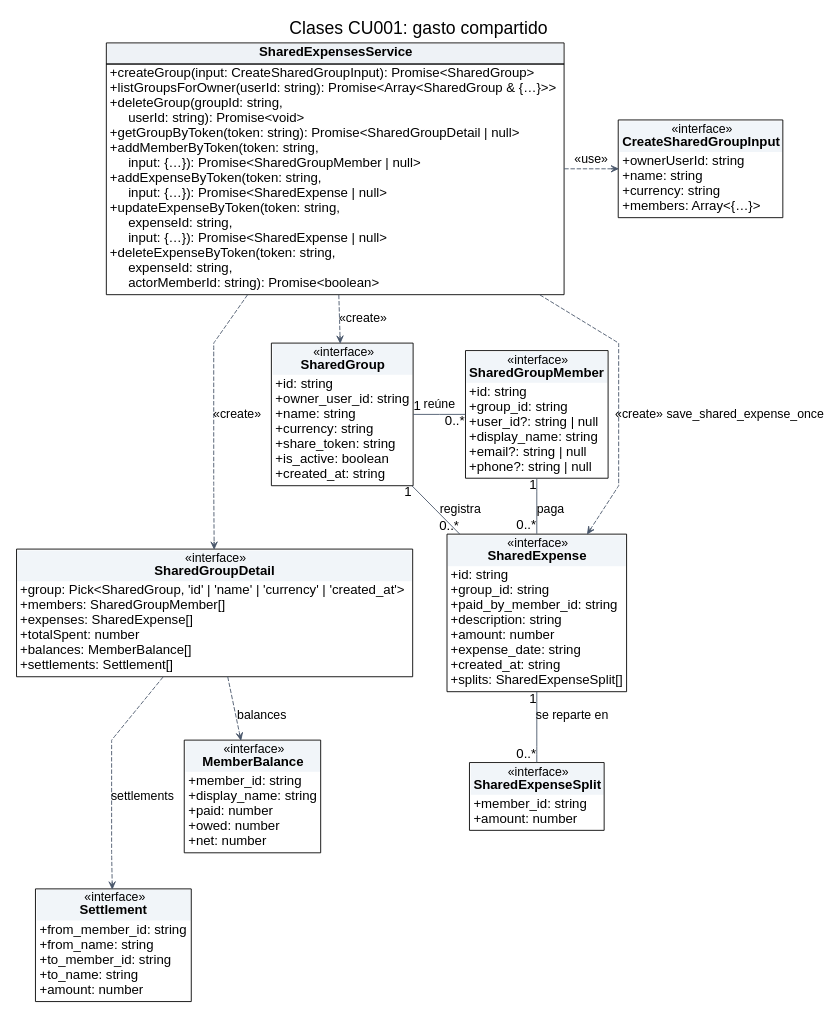
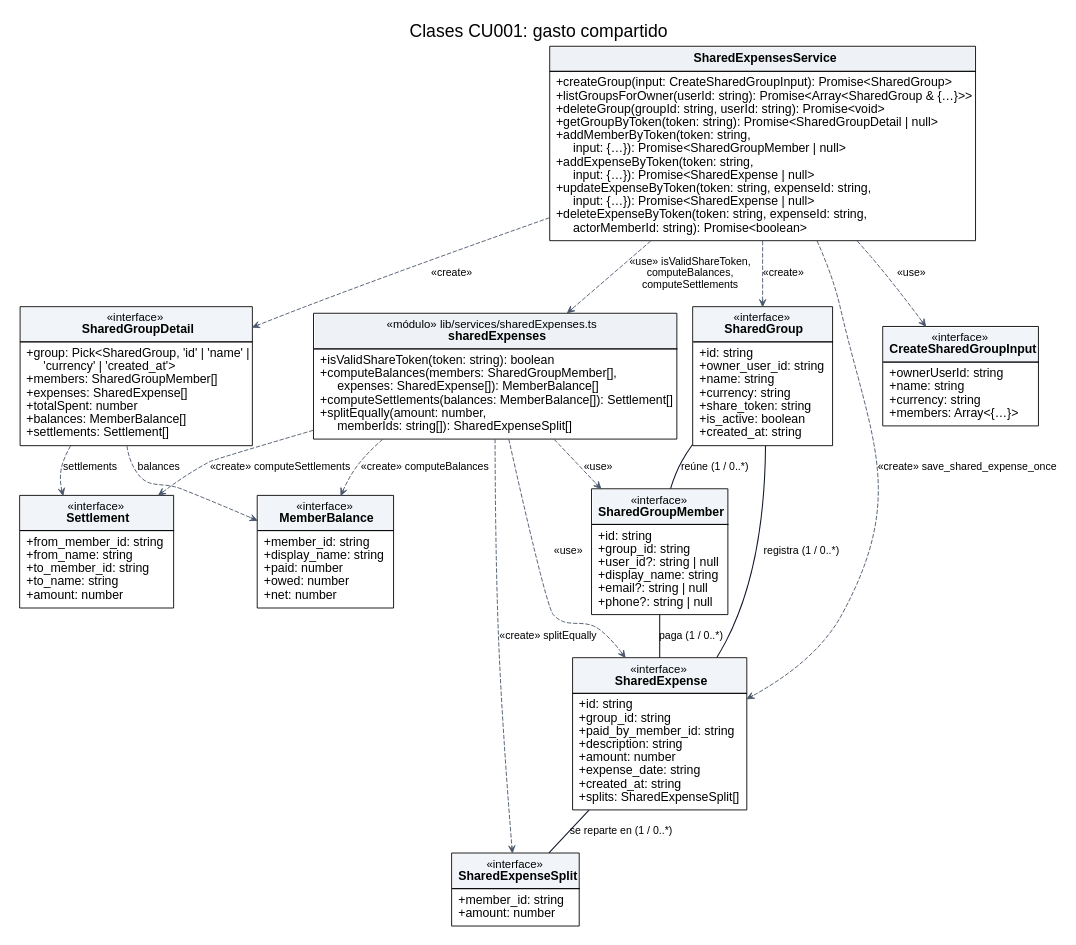
Before and after one commit to jeffreydtz/zarix: the diagram in docs/tif/v2.28/diagramas/CLASES-CU001-Compartidos.dot, drawn with Graphviz. The commit also changed 6 other files, not shown here.

First line of the commit message:
docs(tif): Fig 39 CLASES-General y Fig 42 compartidos v2.36

```diff
--- a/docs/tif/v2.28/diagramas/CLASES-CU001-Compartidos.dot
+++ b/docs/tif/v2.28/diagramas/CLASES-CU001-Compartidos.dot
@@ -1,35 +1,31 @@
 digraph G {
-graph [rankdir=TB,bgcolor="white",fontname="Arial",pad="0.15",nodesep="0.35",ranksep="0.55",splines=polyline];
-node [fontname="Arial",fontsize=15,shape=plain];
-edge [fontname="Arial",fontsize=14,color="#475569",arrowsize=0.8];
-label="Clases CU001: gasto compartido"; labelloc=t; fontsize=20;
-ss [label=<<TABLE BORDER="1" CELLBORDER="0" CELLSPACING="0" CELLPADDING="3"><TR><TD BGCOLOR="#eef2f6"><B>SharedExpensesService</B></TD></TR><HR/><TR><TD ALIGN="LEFT" BALIGN="LEFT">+createGroup(input: CreateSharedGroupInput): Promise&lt;SharedGroup&gt;<BR/>+listGroupsForOwner(userId: string): Promise&lt;Array&lt;SharedGroup &amp; {…}&gt;&gt;<BR/>+deleteGroup(groupId: string,<BR/>      userId: string): Promise&lt;void&gt;<BR/>+getGroupByToken(token: string): Promise&lt;SharedGroupDetail | null&gt;<BR/>+addMemberByToken(token: string,<BR/>      input: {…}): Promise&lt;SharedGroupMember | null&gt;<BR/>+addExpenseByToken(token: string,<BR/>      input: {…}): Promise&lt;SharedExpense | null&gt;<BR/>+updateExpenseByToken(token: string,<BR/>      expenseId: string,<BR/>      input: {…}): Promise&lt;SharedExpense | null&gt;<BR/>+deleteExpenseByToken(token: string,<BR/>      expenseId: string,<BR/>      actorMemberId: string): Promise&lt;boolean&gt;</TD></TR></TABLE>>];
-cgi [label=<<TABLE BORDER="1" CELLBORDER="0" CELLSPACING="0" CELLPADDING="3"><TR><TD BGCOLOR="#f1f5f9"><FONT POINT-SIZE="14">«interface»</FONT><BR/><B>CreateSharedGroupInput</B></TD></TR><TR><TD ALIGN="LEFT" BALIGN="LEFT">+ownerUserId: string<BR/>+name: string<BR/>+currency: string<BR/>+members: Array&lt;{…}&gt;</TD></TR></TABLE>>];
-sg [label=<<TABLE BORDER="1" CELLBORDER="0" CELLSPACING="0" CELLPADDING="3"><TR><TD BGCOLOR="#f1f5f9"><FONT POINT-SIZE="14">«interface»</FONT><BR/><B>SharedGroup</B></TD></TR><TR><TD ALIGN="LEFT" BALIGN="LEFT">+id: string<BR/>+owner_user_id: string<BR/>+name: string<BR/>+currency: string<BR/>+share_token: string<BR/>+is_active: boolean<BR/>+created_at: string</TD></TR></TABLE>>];
-sm [label=<<TABLE BORDER="1" CELLBORDER="0" CELLSPACING="0" CELLPADDING="3"><TR><TD BGCOLOR="#f1f5f9"><FONT POINT-SIZE="14">«interface»</FONT><BR/><B>SharedGroupMember</B></TD></TR><TR><TD ALIGN="LEFT" BALIGN="LEFT">+id: string<BR/>+group_id: string<BR/>+user_id?: string | null<BR/>+display_name: string<BR/>+email?: string | null<BR/>+phone?: string | null</TD></TR></TABLE>>];
-se [label=<<TABLE BORDER="1" CELLBORDER="0" CELLSPACING="0" CELLPADDING="3"><TR><TD BGCOLOR="#f1f5f9"><FONT POINT-SIZE="14">«interface»</FONT><BR/><B>SharedExpense</B></TD></TR><TR><TD ALIGN="LEFT" BALIGN="LEFT">+id: string<BR/>+group_id: string<BR/>+paid_by_member_id: string<BR/>+description: string<BR/>+amount: number<BR/>+expense_date: string<BR/>+created_at: string<BR/>+splits: SharedExpenseSplit[]</TD></TR></TABLE>>];
-ses [label=<<TABLE BORDER="1" CELLBORDER="0" CELLSPACING="0" CELLPADDING="3"><TR><TD BGCOLOR="#f1f5f9"><FONT POINT-SIZE="14">«interface»</FONT><BR/><B>SharedExpenseSplit</B></TD></TR><TR><TD ALIGN="LEFT" BALIGN="LEFT">+member_id: string<BR/>+amount: number</TD></TR></TABLE>>];
-sd [label=<<TABLE BORDER="1" CELLBORDER="0" CELLSPACING="0" CELLPADDING="3"><TR><TD BGCOLOR="#f1f5f9"><FONT POINT-SIZE="14">«interface»</FONT><BR/><B>SharedGroupDetail</B></TD></TR><TR><TD ALIGN="LEFT" BALIGN="LEFT">+group: Pick&lt;SharedGroup, 'id' | 'name' | 'currency' | 'created_at'&gt;<BR/>+members: SharedGroupMember[]<BR/>+expenses: SharedExpense[]<BR/>+totalSpent: number<BR/>+balances: MemberBalance[]<BR/>+settlements: Settlement[]</TD></TR></TABLE>>];
-mb [label=<<TABLE BORDER="1" CELLBORDER="0" CELLSPACING="0" CELLPADDING="3"><TR><TD BGCOLOR="#f1f5f9"><FONT POINT-SIZE="14">«interface»</FONT><BR/><B>MemberBalance</B></TD></TR><TR><TD ALIGN="LEFT" BALIGN="LEFT">+member_id: string<BR/>+display_name: string<BR/>+paid: number<BR/>+owed: number<BR/>+net: number</TD></TR></TABLE>>];
-st [label=<<TABLE BORDER="1" CELLBORDER="0" CELLSPACING="0" CELLPADDING="3"><TR><TD BGCOLOR="#f1f5f9"><FONT POINT-SIZE="14">«interface»</FONT><BR/><B>Settlement</B></TD></TR><TR><TD ALIGN="LEFT" BALIGN="LEFT">+from_member_id: string<BR/>+from_name: string<BR/>+to_member_id: string<BR/>+to_name: string<BR/>+amount: number</TD></TR></TABLE>>];
-ss -> cgi [style=dashed,arrowhead=vee,label="«use»"];
-ss -> sg [style=dashed,arrowhead=vee,label="«create»"];
-ss -> sd [style=dashed,arrowhead=vee,label="«create»"];
-ss -> se [style=dashed,arrowhead=vee,label="«create» save_shared_expense_once"];
-sg -> sm [dir=none,label="reúne",taillabel="1",headlabel="0..*",labelfontsize=15];
-sg -> se [dir=none,label="registra",taillabel="1",headlabel="0..*",labelfontsize=15];
-sm -> se [dir=none,label="paga",taillabel="1",headlabel="0..*",labelfontsize=15];
-se -> ses [dir=none,label="se reparte en",taillabel="1",headlabel="0..*",labelfontsize=15];
-sd -> mb [style=dashed,arrowhead=vee,label="balances"];
-sd -> st [style=dashed,arrowhead=vee,label="settlements"];
-{rank=same; ss; cgi;}
-{rank=same; sg; sm;}
-{rank=same; sd; se;}
-{rank=same; mb; ses;}
-{rank=same; st;}
-ss -> cgi [style=invis];
-cgi -> sg [style=invis];
-sg -> sd [style=invis];
-sd -> mb [style=invis];
-mb -> st [style=invis];
+graph [bgcolor="white", fontname="Arial", pad="0.20", splines=true, label="Clases CU001: gasto compartido", labelloc=t, fontsize=20];
+node [fontname="Arial", fontsize=14, shape=plain];
+edge [fontname="Arial", fontsize=12, color="#475569", arrowsize=0.8];
+  ss [pos="310.0,825.0!", label=<<TABLE BORDER="1" CELLBORDER="0" CELLSPACING="0" CELLPADDING="6"><TR><TD BGCOLOR="#eef2f6"><B>SharedExpensesService</B></TD></TR><HR/><TR><TD ALIGN="LEFT" BALIGN="LEFT">+createGroup(input: CreateSharedGroupInput): Promise&lt;SharedGroup&gt;  <BR/>+listGroupsForOwner(userId: string): Promise&lt;Array&lt;SharedGroup &amp; {…}&gt;&gt;  <BR/>+deleteGroup(groupId: string, userId: string): Promise&lt;void&gt;  <BR/>+getGroupByToken(token: string): Promise&lt;SharedGroupDetail | null&gt;  <BR/>+addMemberByToken(token: string,<BR/>      input: {…}): Promise&lt;SharedGroupMember | null&gt;  <BR/>+addExpenseByToken(token: string,<BR/>      input: {…}): Promise&lt;SharedExpense | null&gt;  <BR/>+updateExpenseByToken(token: string, expenseId: string,<BR/>      input: {…}): Promise&lt;SharedExpense | null&gt;  <BR/>+deleteExpenseByToken(token: string, expenseId: string,<BR/>      actorMemberId: string): Promise&lt;boolean&gt;  </TD></TR></TABLE>>];
+  se_mod [pos="1060.0,865.0!", label=<<TABLE BORDER="1" CELLBORDER="0" CELLSPACING="0" CELLPADDING="6"><TR><TD BGCOLOR="#eef2f6"><FONT POINT-SIZE="13">«módulo» lib/services/sharedExpenses.ts</FONT><BR/><B>sharedExpenses</B></TD></TR><HR/><TR><TD ALIGN="LEFT" BALIGN="LEFT">+isValidShareToken(token: string): boolean  <BR/>+computeBalances(members: SharedGroupMember[],<BR/>      expenses: SharedExpense[]): MemberBalance[]  <BR/>+computeSettlements(balances: MemberBalance[]): Settlement[]  <BR/>+splitEqually(amount: number,<BR/>      memberIds: string[]): SharedExpenseSplit[]  </TD></TR></TABLE>>];
+  cgi [pos="195.0,540.0!", label=<<TABLE BORDER="1" CELLBORDER="0" CELLSPACING="0" CELLPADDING="6"><TR><TD BGCOLOR="#f1f5f9"><FONT POINT-SIZE="13">«interface»</FONT><BR/><B>CreateSharedGroupInput</B></TD></TR><HR/><TR><TD ALIGN="LEFT" BALIGN="LEFT">+ownerUserId: string  <BR/>+name: string  <BR/>+currency: string  <BR/>+members: Array&lt;{…}&gt;  </TD></TR></TABLE>>];
+  sd [pos="295.0,325.0!", label=<<TABLE BORDER="1" CELLBORDER="0" CELLSPACING="0" CELLPADDING="6"><TR><TD BGCOLOR="#f1f5f9"><FONT POINT-SIZE="13">«interface»</FONT><BR/><B>SharedGroupDetail</B></TD></TR><HR/><TR><TD ALIGN="LEFT" BALIGN="LEFT">+group: Pick&lt;SharedGroup, 'id' | 'name' |<BR/>      'currency' | 'created_at'&gt;  <BR/>+members: SharedGroupMember[]  <BR/>+expenses: SharedExpense[]  <BR/>+totalSpent: number  <BR/>+balances: MemberBalance[]  <BR/>+settlements: Settlement[]  </TD></TR></TABLE>>];
+  mb [pos="180.0,100.0!", label=<<TABLE BORDER="1" CELLBORDER="0" CELLSPACING="0" CELLPADDING="6"><TR><TD BGCOLOR="#f1f5f9"><FONT POINT-SIZE="13">«interface»</FONT><BR/><B>MemberBalance</B></TD></TR><HR/><TR><TD ALIGN="LEFT" BALIGN="LEFT">+member_id: string  <BR/>+display_name: string  <BR/>+paid: number  <BR/>+owed: number  <BR/>+net: number  </TD></TR></TABLE>>];
+  st [pos="410.0,100.0!", label=<<TABLE BORDER="1" CELLBORDER="0" CELLSPACING="0" CELLPADDING="6"><TR><TD BGCOLOR="#f1f5f9"><FONT POINT-SIZE="13">«interface»</FONT><BR/><B>Settlement</B></TD></TR><HR/><TR><TD ALIGN="LEFT" BALIGN="LEFT">+from_member_id: string  <BR/>+from_name: string  <BR/>+to_member_id: string  <BR/>+to_name: string  <BR/>+amount: number  </TD></TR></TABLE>>];
+  sg [pos="805.0,540.0!", label=<<TABLE BORDER="1" CELLBORDER="0" CELLSPACING="0" CELLPADDING="6"><TR><TD BGCOLOR="#f1f5f9"><FONT POINT-SIZE="13">«interface»</FONT><BR/><B>SharedGroup</B></TD></TR><HR/><TR><TD ALIGN="LEFT" BALIGN="LEFT">+id: string  <BR/>+owner_user_id: string  <BR/>+name: string  <BR/>+currency: string  <BR/>+share_token: string  <BR/>+is_active: boolean  <BR/>+created_at: string  </TD></TR></TABLE>>];
+  sm [pos="1120.0,540.0!", label=<<TABLE BORDER="1" CELLBORDER="0" CELLSPACING="0" CELLPADDING="6"><TR><TD BGCOLOR="#f1f5f9"><FONT POINT-SIZE="13">«interface»</FONT><BR/><B>SharedGroupMember</B></TD></TR><HR/><TR><TD ALIGN="LEFT" BALIGN="LEFT">+id: string  <BR/>+group_id: string  <BR/>+user_id?: string | null  <BR/>+display_name: string  <BR/>+email?: string | null  <BR/>+phone?: string | null  </TD></TR></TABLE>>];
+  se [pos="1120.0,305.0!", label=<<TABLE BORDER="1" CELLBORDER="0" CELLSPACING="0" CELLPADDING="6"><TR><TD BGCOLOR="#f1f5f9"><FONT POINT-SIZE="13">«interface»</FONT><BR/><B>SharedExpense</B></TD></TR><HR/><TR><TD ALIGN="LEFT" BALIGN="LEFT">+id: string  <BR/>+group_id: string  <BR/>+paid_by_member_id: string  <BR/>+description: string  <BR/>+amount: number  <BR/>+expense_date: string  <BR/>+created_at: string  <BR/>+splits: SharedExpenseSplit[]  </TD></TR></TABLE>>];
+  ses [pos="1120.0,90.0!", label=<<TABLE BORDER="1" CELLBORDER="0" CELLSPACING="0" CELLPADDING="6"><TR><TD BGCOLOR="#f1f5f9"><FONT POINT-SIZE="13">«interface»</FONT><BR/><B>SharedExpenseSplit</B></TD></TR><HR/><TR><TD ALIGN="LEFT" BALIGN="LEFT">+member_id: string  <BR/>+amount: number  </TD></TR></TABLE>>];
+  ss -> se_mod [style="dashed", arrowhead="vee", pos="e,853.5,865.0 552.0,865.0 552.0,865.0 853.5,865.0 853.5,865.0", label="«use» isValidShareToken,\ncomputeBalances,\ncomputeSettlements", lp="702.7,898.0"];
+  ss -> cgi [style="dashed", arrowhead="vee", pos="e,195.0,596.5 195.0,714.5 195.0,714.5 195.0,596.5 195.0,596.5", label="«use»", lp="222.0,655.5"];
+  ss -> sd [style="dashed", arrowhead="vee", pos="e,163.0,325.0 85.0,714.5 85.0,714.5 85.0,675.0 85.0,675.0 85.0,675.0 48.0,675.0 48.0,675.0 48.0,675.0 48.0,325.0 48.0,325.0 48.0,325.0 163.0,325.0 163.0,325.0", label="«create»", lp="76.0,485.0"];
+  ss -> sg [style="dashed", arrowhead="vee", pos="e,805.0,619.0 525.0,714.5 525.0,714.5 525.0,680.0 525.0,680.0 525.0,680.0 805.0,680.0 805.0,680.0 805.0,680.0 805.0,619.0 805.0,619.0", label="«create»", lp="665.0,692.0"];
+  ss -> se [style="dashed", arrowhead="vee", pos="e,1021.0,325.0 495.0,714.5 495.0,714.5 495.0,655.0 495.0,655.0 495.0,655.0 635.0,655.0 635.0,655.0 635.0,655.0 635.0,325.0 635.0,325.0 635.0,325.0 1021.0,325.0 1021.0,325.0", label="«create» save_shared_expense_once", lp="785.0,338.0"];
+  sd -> mb [style="dashed", arrowhead="vee", pos="e,180.0,164.0 180.0,246.0 180.0,246.0 180.0,164.0 180.0,164.0", label="balances", lp="212.0,205.0"];
+  sd -> st [style="dashed", arrowhead="vee", pos="e,410.0,164.0 410.0,246.0 410.0,246.0 410.0,164.0 410.0,164.0", label="settlements", lp="452.0,205.0"];
+  se_mod -> mb [style="dashed", arrowhead="vee", pos="e,235.0,164.0 865.0,793.5 865.0,793.5 865.0,745.0 865.0,745.0 865.0,745.0 575.0,745.0 575.0,745.0 575.0,745.0 575.0,200.0 575.0,200.0 575.0,200.0 235.0,200.0 235.0,200.0 235.0,200.0 235.0,164.0 235.0,164.0", label="«create» computeBalances", lp="485.0,485.0"];
+  se_mod -> st [style="dashed", arrowhead="vee", pos="e,497.5,110.0 890.0,793.5 890.0,793.5 890.0,725.0 890.0,725.0 890.0,725.0 595.0,725.0 595.0,725.0 595.0,725.0 595.0,110.0 595.0,110.0 595.0,110.0 497.5,110.0 497.5,110.0", label="«create» computeSettlements", lp="695.0,125.0"];
+  se_mod -> sm [style="dashed", arrowhead="vee", pos="e,1120.0,611.5 1120.0,793.5 1120.0,793.5 1120.0,611.5 1120.0,611.5", label="«use»", lp="1148.0,702.5"];
+  se_mod -> se [style="dashed", arrowhead="vee", pos="e,1219.0,305.0 1230.0,793.5 1230.0,793.5 1230.0,725.0 1230.0,725.0 1230.0,725.0 1270.0,725.0 1270.0,725.0 1270.0,725.0 1270.0,305.0 1270.0,305.0 1270.0,305.0 1219.0,305.0 1219.0,305.0", label="«use»", lp="1295.0,485.0"];
+  se_mod -> ses [style="dashed", arrowhead="vee", pos="e,1192.5,90.0 1255.0,793.5 1255.0,793.5 1255.0,745.0 1255.0,745.0 1255.0,745.0 1315.0,745.0 1315.0,745.0 1315.0,745.0 1315.0,90.0 1315.0,90.0 1315.0,90.0 1192.5,90.0 1192.5,90.0", label="«create» splitEqually", lp="1250.0,185.0"];
+  sg -> sm [color="#0f172a", penwidth="1.2", dir="none", pos="884.5,540.0 884.5,540.0 1042.5,540.0 1042.5,540.0", label="reúne (1 / 0..*)", lp="963.5,555.0"];
+  sg -> se [color="#0f172a", penwidth="1.2", dir="none", pos="805.0,461.0 805.0,461.0 805.0,275.0 805.0,275.0 805.0,275.0 1021.0,275.0 1021.0,275.0", label="registra (1 / 0..*)", lp="875.0,260.0"];
+  sm -> se [color="#0f172a", penwidth="1.2", dir="none", pos="1120.0,468.5 1120.0,468.5 1120.0,391.5 1120.0,391.5", label="paga (1 / 0..*)", lp="1170.0,430.0"];
+  se -> ses [color="#0f172a", penwidth="1.2", dir="none", pos="1120.0,218.5 1120.0,218.5 1120.0,131.5 1120.0,131.5", label="se reparte en (1 / 0..*)", lp="1045.0,175.0"];
 }
```
